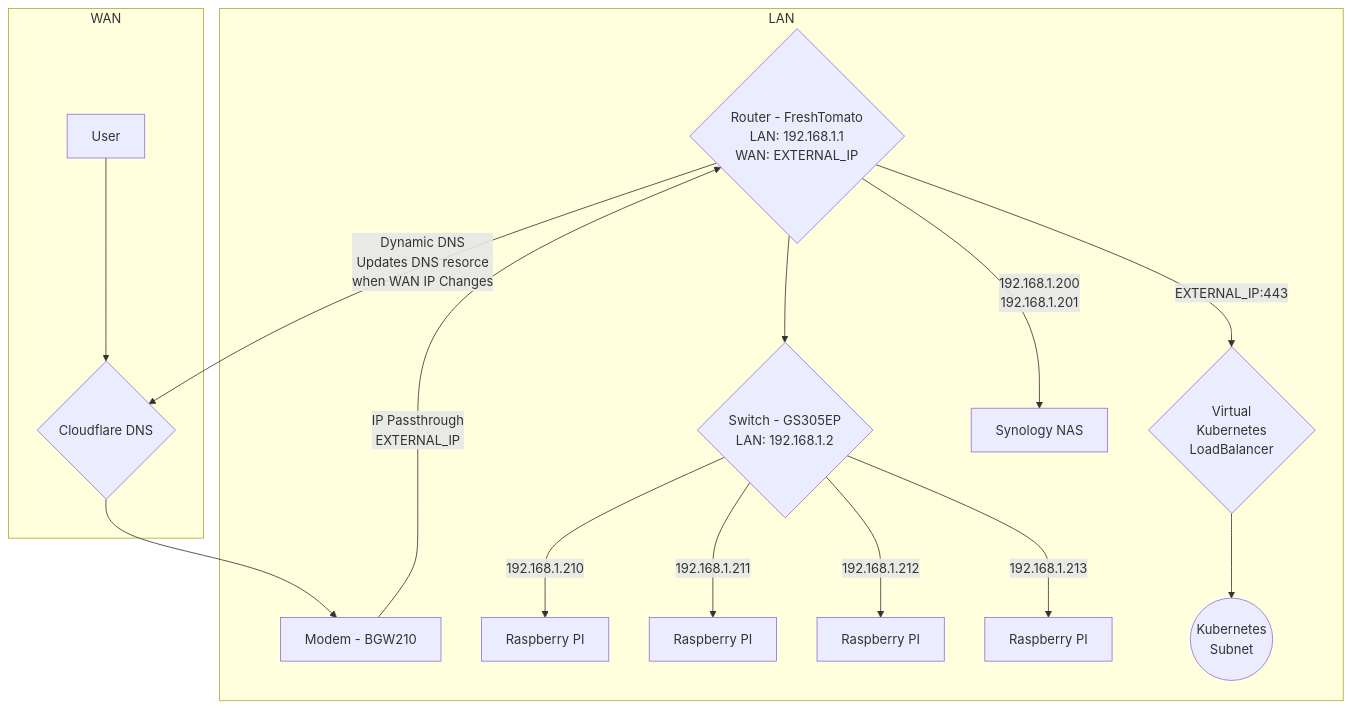
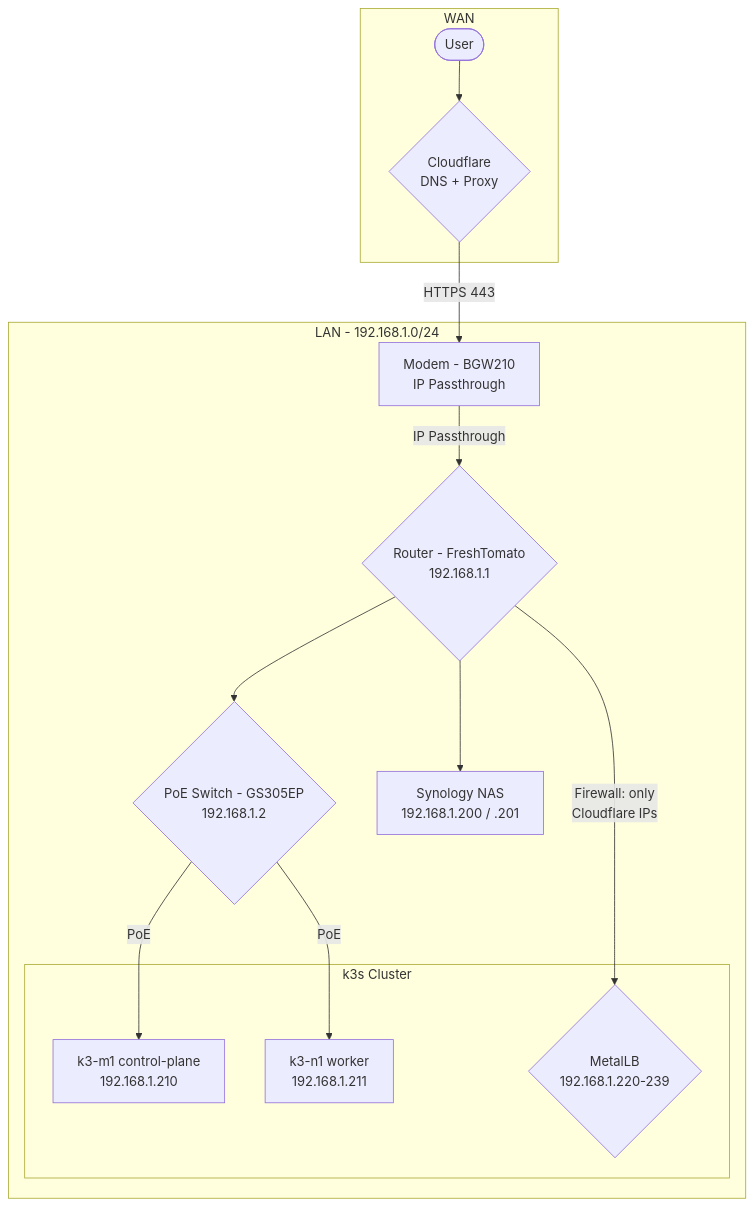
One commit to macgregor/homelab changed the diagram in docs/03-networking.md. Above: the diagram before and after it, drawn with Mermaid. The commit also changed other lines of this file and 5 other files, not shown here.

````diff
--- a/docs/03-networking.md
+++ b/docs/03-networking.md
@@ -125,29 +7,26 @@
 ```mermaid
 graph TD
-    subgraph LAN
-        Router{Router - FreshTomato<br/>LAN: 192.168.1.1<br/>WAN: EXTERNAL_IP}
-        Modem[Modem - BGW210]
-        Switch{Switch - GS305EP<br/>LAN: 192.168.1.2}
-        RPI1[Raspberry PI]
-        RPI2[Raspberry PI]
-        RPI3[Raspberry PI]
-        RPI4[Raspberry PI]
-        kube{Virtual<br/>Kubernetes<br/>LoadBalancer}
-        Synology[Synology NAS]
-        kubenet((Kubernetes<br/>Subnet))
+    subgraph WAN
+        User([User])
+        CF{Cloudflare<br/>DNS + Proxy}
     end
-    subgraph WAN
-        User
-        CF{Cloudflare DNS}
+    subgraph LAN [LAN - 192.168.1.0/24]
+        Modem[Modem - BGW210<br/>IP Passthrough]
+        Router{Router - FreshTomato<br/>192.168.1.1}
+        Switch{PoE Switch - GS305EP<br/>192.168.1.2}
+        Synology[Synology NAS<br/>192.168.1.200 / .201]
+        subgraph Cluster [k3s Cluster]
+            M1[k3-m1 control-plane<br/>192.168.1.210]
+            N1[k3-n1 worker<br/>192.168.1.211]
+            MetalLB{MetalLB<br/>192.168.1.220-239}
+        end
     end
-    User --> CF --> Modem --> |IP Passthrough<br/>EXTERNAL_IP|Router
-    Router --> |Dynamic DNS<br/>Updates DNS resorce<br/> when WAN IP Changes| CF
-    Router --> |192.168.1.200<br/>192.168.1.201| Synology
+    User --> CF
+    CF -->|HTTPS 443| Modem
+    Modem -->|IP Passthrough| Router
+    Router -->|Firewall: only<br/>Cloudflare IPs| MetalLB
     Router --> Switch
-    Switch --> |192.168.1.210| RPI1
-    Switch --> |192.168.1.211| RPI2
-    Switch --> |192.168.1.212| RPI3
-    Switch --> |192.168.1.213| RPI4
-    Router --> |EXTERNAL_IP:443| kube
-    kube --> kubenet
+    Switch -->|PoE| M1
+    Switch -->|PoE| N1
+    Router --> Synology
 ```
````
